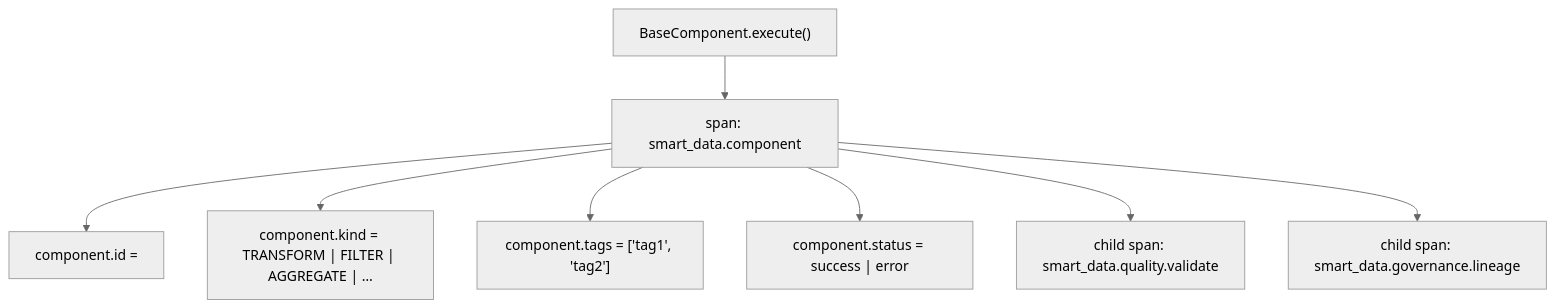
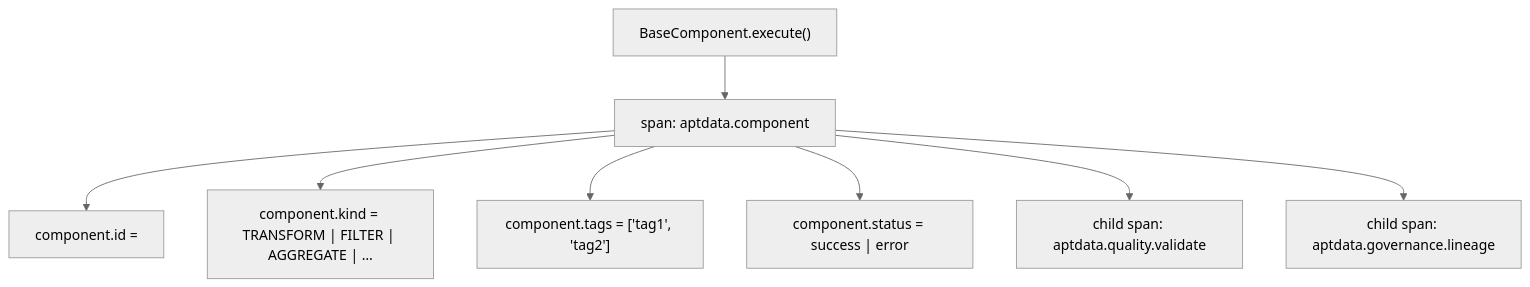
One commit to antunes-hq/aptdata-flow-os changed the diagram in docs/telemetry.md. Above: the diagram before and after it, drawn with Mermaid (neutral theme). The commit also changed other lines of this file and 172 other files, not shown here.

Commit message:
feat: rename smart_data to aptdata - package, imports, tests, docs, CI

````diff
--- a/docs/telemetry.md
+++ b/docs/telemetry.md
@@ -15,19 +15,19 @@
 ```mermaid
 graph TD
     E["BaseComponent.execute()"]
-    S["span: smart_data.component"]
+    S["span: aptdata.component"]
     ID["component.id = <component_id>"]
     K["component.kind = TRANSFORM | FILTER | AGGREGATE | …"]
     T["component.tags = ['tag1', 'tag2']"]
     ST["component.status = success | error"]
-    Q["child span: smart_data.quality.validate"]
-    G["child span: smart_data.governance.lineage"]
+    Q["child span: aptdata.quality.validate"]
+    G["child span: aptdata.governance.lineage"]
 
     E --> S
     S --> ID
     S --> K
     S --> T
     S --> ST
     S --> Q
     S --> G
 ```
````
